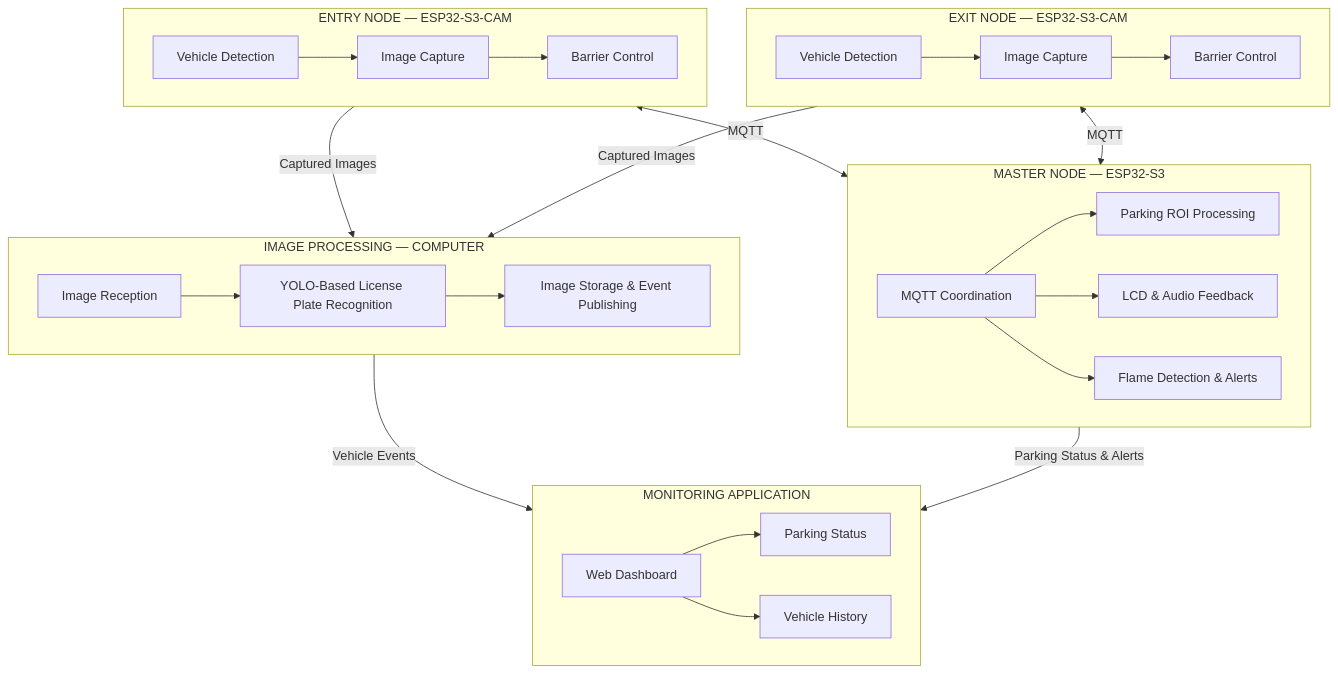
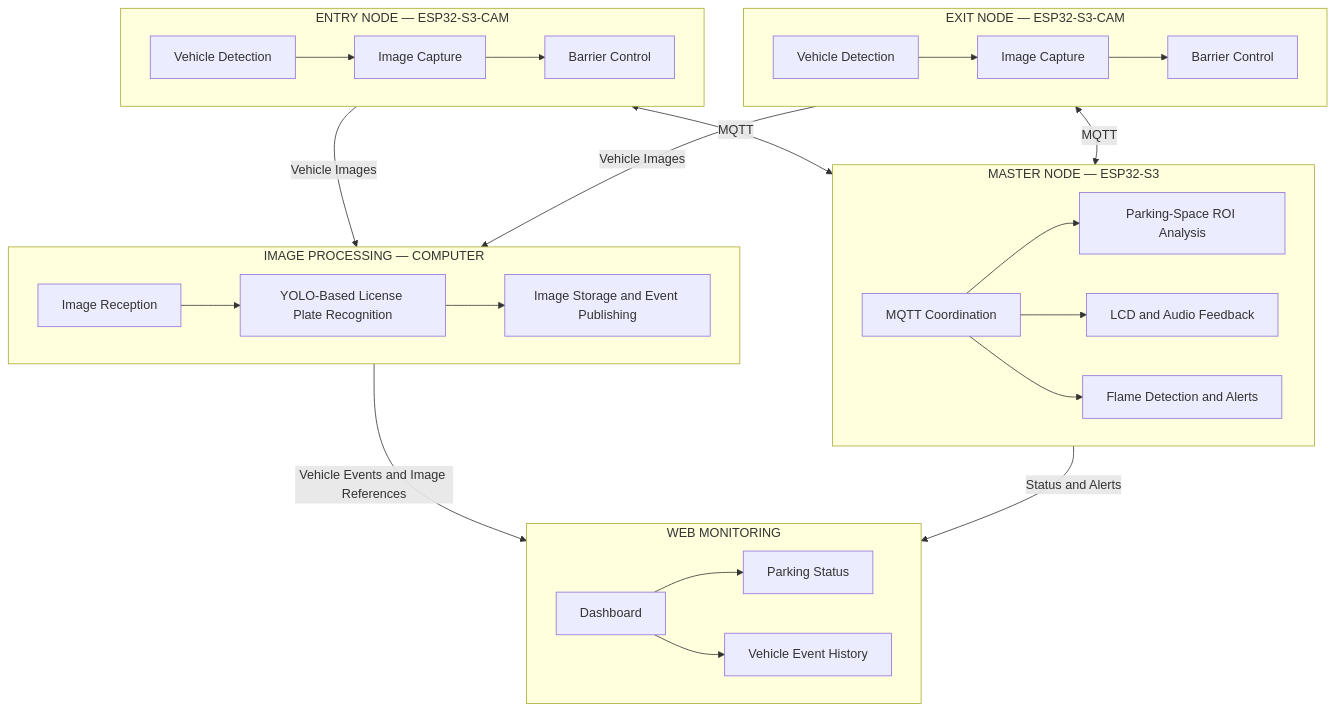
Before and after one commit to mynboxx21/Design-of-a-Smart-Parking-Management-System-Using-Image-Processing-and-IoT: the diagram in README.md, drawn with Mermaid. The commit also changed other lines of this file, not shown here.

````diff
--- a/README.md
+++ b/README.md
@@ -19,50 +31,48 @@
 ```mermaid
 flowchart TB
     subgraph ENTRY["ENTRY NODE — ESP32-S3-CAM"]
         E1["Vehicle Detection"]
         E2["Image Capture"]
         E3["Barrier Control"]
-        E1 --> E2
-        E2 --> E3
+        E1 --> E2 --> E3
     end
 
     subgraph EXIT["EXIT NODE — ESP32-S3-CAM"]
         X1["Vehicle Detection"]
         X2["Image Capture"]
         X3["Barrier Control"]
-        X1 --> X2
-        X2 --> X3
+        X1 --> X2 --> X3
     end
 
     subgraph MASTER["MASTER NODE — ESP32-S3"]
         M1["MQTT Coordination"]
-        M2["Parking ROI Processing"]
-        M3["LCD & Audio Feedback"]
-        M4["Flame Detection & Alerts"]
+        M2["Parking-Space ROI Analysis"]
+        M3["LCD and Audio Feedback"]
+        M4["Flame Detection and Alerts"]
         M1 --> M2
         M1 --> M3
         M1 --> M4
     end
 
     subgraph AI["IMAGE PROCESSING — COMPUTER"]
         A1["Image Reception"]
         A2["YOLO-Based License Plate Recognition"]
-        A3["Image Storage & Event Publishing"]
+        A3["Image Storage and Event Publishing"]
         A1 --> A2 --> A3
     end
 
-    subgraph WEB["MONITORING APPLICATION"]
-        W1["Web Dashboard"]
+    subgraph WEB["WEB MONITORING"]
+        W1["Dashboard"]
         W2["Parking Status"]
-        W3["Vehicle History"]
+        W3["Vehicle Event History"]
         W1 --> W2
         W1 --> W3
     end
 
     ENTRY <--> |"MQTT"| MASTER
     EXIT <--> |"MQTT"| MASTER
-    ENTRY --> |"Captured Images"| AI
-    EXIT --> |"Captured Images"| AI
-    AI --> |"Vehicle Events"| WEB
-    MASTER --> |"Parking Status & Alerts"| WEB
+    ENTRY --> |"Vehicle Images"| AI
+    EXIT --> |"Vehicle Images"| AI
+    AI --> |"Vehicle Events and Image References"| WEB
+    MASTER --> |"Status and Alerts"| WEB
 ```
````
